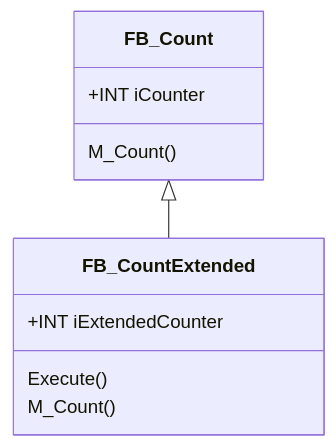
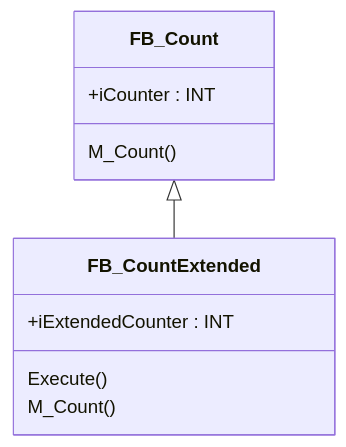
The eighth of 8 diagrams in AAut_MOD_01_IEC_61131_OOP_Introduction/README Reference.md (hei-synd-aaut/aaut-docs), drawn with Mermaid before and after one commit. The commit also changed other lines of this file and 12 other files, not shown here.

````diff
--- a/AAut_MOD_01_IEC_61131_OOP_Introduction/README Reference.md
+++ b/AAut_MOD_01_IEC_61131_OOP_Introduction/README Reference.md
@@ -1087,16 +1087,16 @@
 ```mermaid
 classDiagram
     class FB_Count {
-        +INT iCounter
+        +iCounter : INT 
         M_Count()
     }
 
     class FB_CountExtended {
-        +INT iExtendedCounter
+        +iExtendedCounter : INT 
         Execute()
         M_Count()
     }
 
     FB_Count <|-- FB_CountExtended
 
 ```
````
